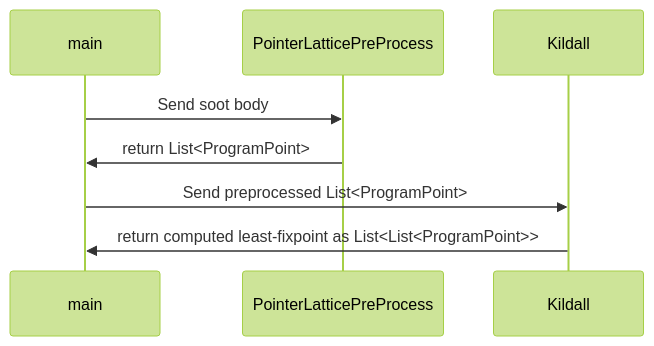
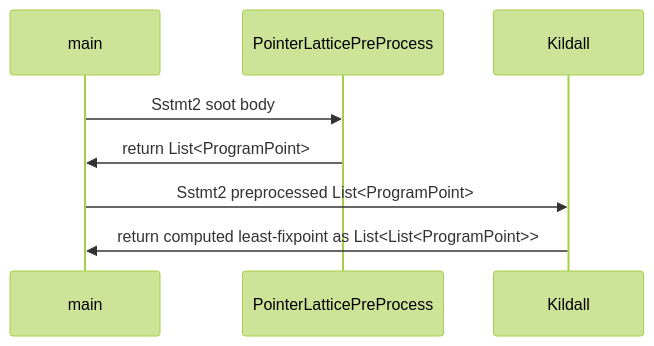
Before and after one commit to gourishankerJK/DeReference-Pointer-Analysis: the second of 9 diagrams in README.md, drawn with Mermaid (forest theme). The commit also changed other lines of this file, not shown here.

Commit message:
Added transfer function definitions for pointer lattice element

````diff
--- a/README.md
+++ b/README.md
@@ -102,7 +102,7 @@
 ```mermaid
 sequenceDiagram
-    main->>PointerLatticePreProcess: Send soot body
+    main->>PointerLatticePreProcess: Sstmt2 soot body
     PointerLatticePreProcess->>main: return List<ProgramPoint>
-    main->>Kildall: Send preprocessed List<ProgramPoint>
+    main->>Kildall: Sstmt2 preprocessed List<ProgramPoint>
     Kildall->>main: return computed least-fixpoint as List<List<ProgramPoint>>
 ```
````
